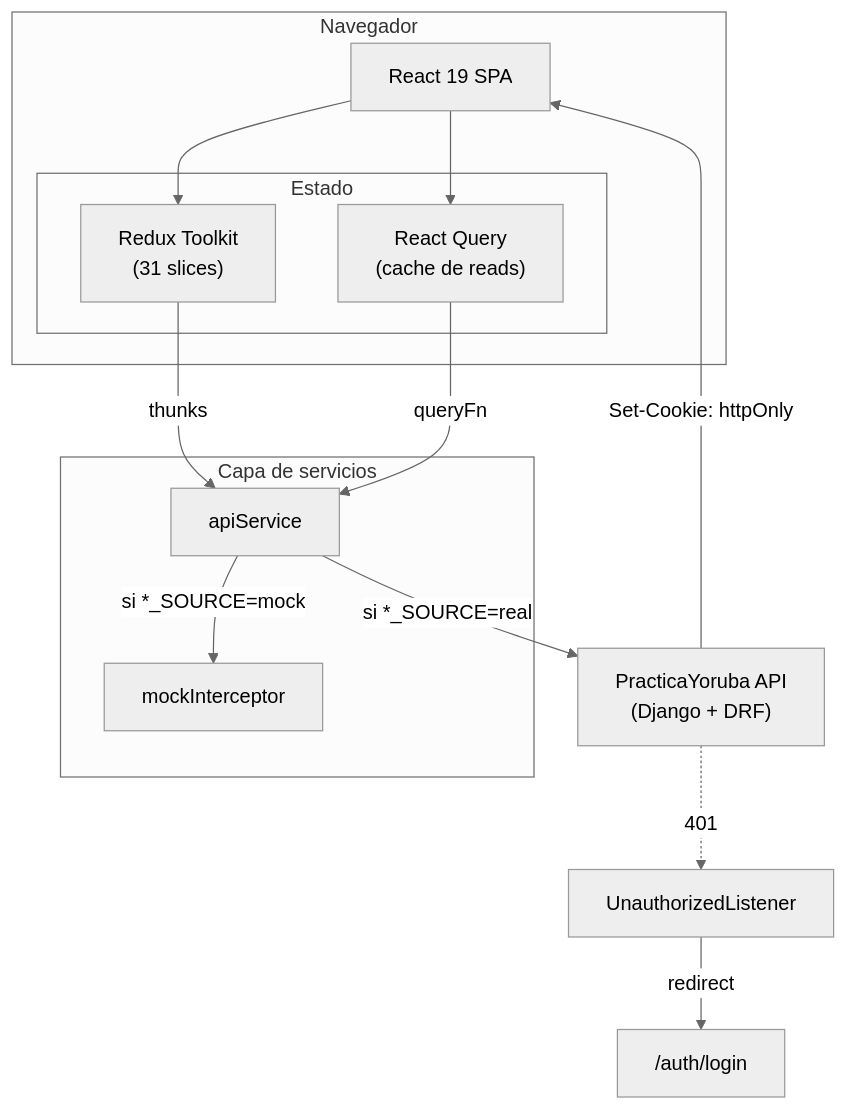
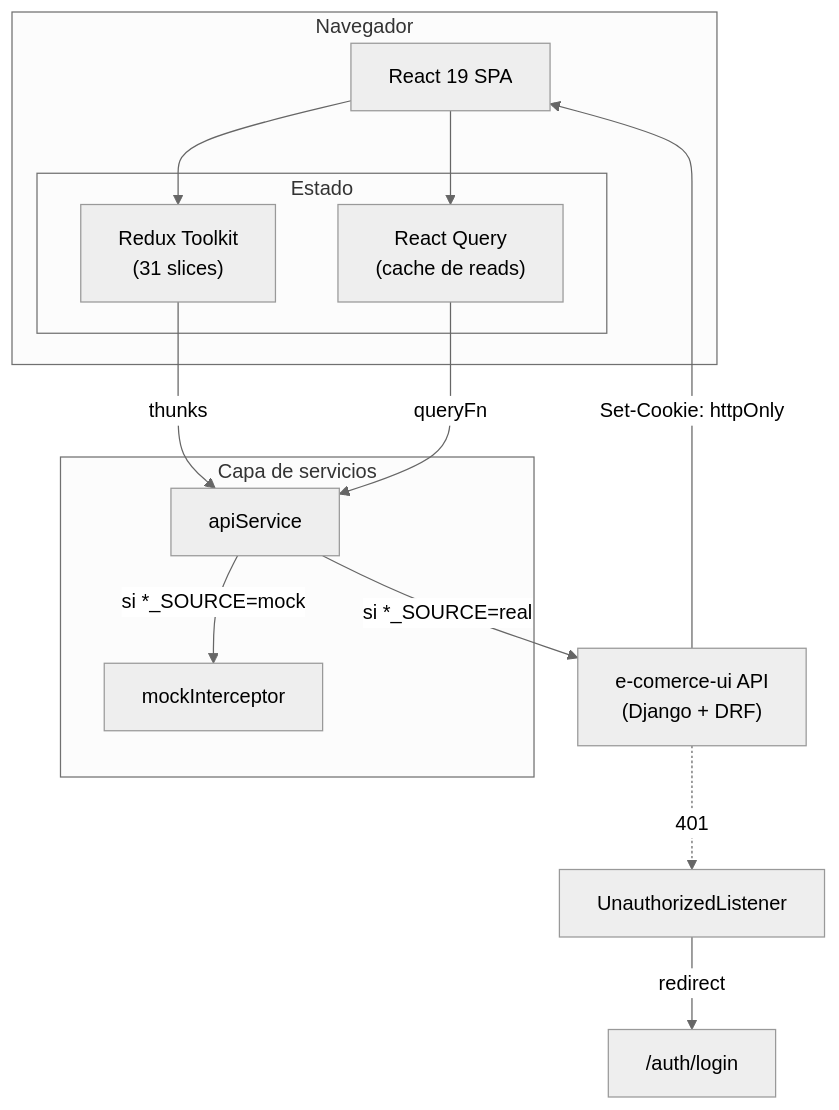
One commit to jcg-admin/template-ecommerce-ui changed the diagram in docs/estrategia-de-solucion/estrategia-de-solucion.md. Above: the diagram before and after it, drawn with Mermaid (neutral theme). The commit also changed 14 other files, not shown here.

````diff
--- a/docs/estrategia-de-solucion/estrategia-de-solucion.md
+++ b/docs/estrategia-de-solucion/estrategia-de-solucion.md
@@ -106,27 +106,27 @@
 ```mermaid
 flowchart TB
     subgraph Navegador
         UI["React 19 SPA"]
         subgraph Estado
             RTK["Redux Toolkit<br/>(31 slices)"]
             RQ["React Query<br/>(cache de reads)"]
         end
     end
 
     UI --> RTK
     UI --> RQ
 
     subgraph Capa de servicios
         APIS["apiService"]
         MOCK["mockInterceptor"]
     end
 
     RTK -->|"thunks"| APIS
     RQ -->|"queryFn"| APIS
     APIS -->|"si *_SOURCE=mock"| MOCK
-    APIS -->|"si *_SOURCE=real"| Backend["PracticaYoruba API<br/>(Django + DRF)"]
+    APIS -->|"si *_SOURCE=real"| Backend["e-comerce-ui API<br/>(Django + DRF)"]
 
     Backend -->|"Set-Cookie: httpOnly"| UI
     Backend -.->|"401"| Listener["UnauthorizedListener"]
     Listener -->|"redirect"| Login["/auth/login"]
 ```
````
